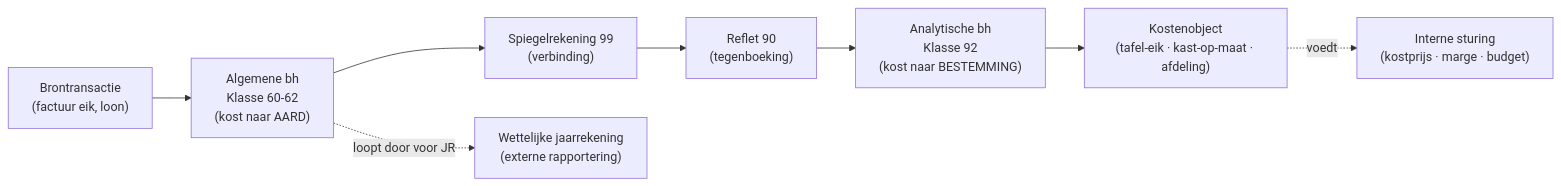
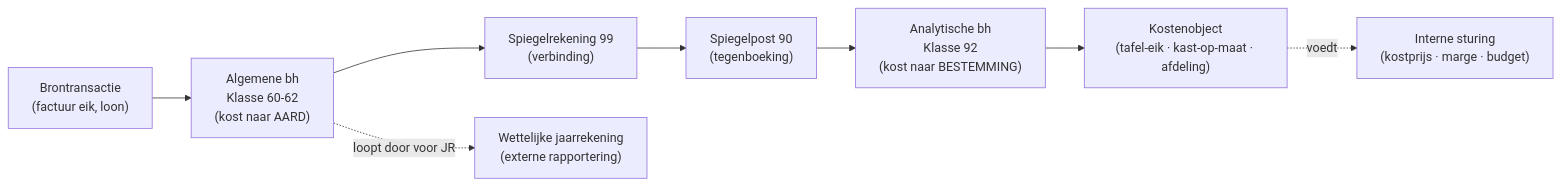
Before and after one commit to stivni/certificaid: the diagram in content/leerpaden/1-8/wat-is-analytische-boekhouding.md, drawn with Mermaid. The commit also changed other lines of this file and 12 other files, not shown here.

````diff
--- a/content/leerpaden/1-8/wat-is-analytische-boekhouding.md
+++ b/content/leerpaden/1-8/wat-is-analytische-boekhouding.md
@@ -20,10 +21,10 @@
 ```mermaid
 flowchart LR
     A["Brontransactie<br/>(factuur eik, loon)"] --> B["Algemene bh<br/>Klasse 60-62<br/>(kost naar AARD)"]
     B --> C["Spiegelrekening 99<br/>(verbinding)"]
-    C --> D["Reflet 90<br/>(tegenboeking)"]
+    C --> D["Spiegelpost 90<br/>(tegenboeking)"]
     D --> E["Analytische bh<br/>Klasse 92<br/>(kost naar BESTEMMING)"]
     E --> F["Kostenobject<br/>(tafel-eik · kast-op-maat · afdeling)"]
     B -.->|loopt door voor JR| JR["Wettelijke jaarrekening<br/>(externe rapportering)"]
     F -.->|voedt| INT["Interne sturing<br/>(kostprijs · marge · budget)"]
 ```
````
